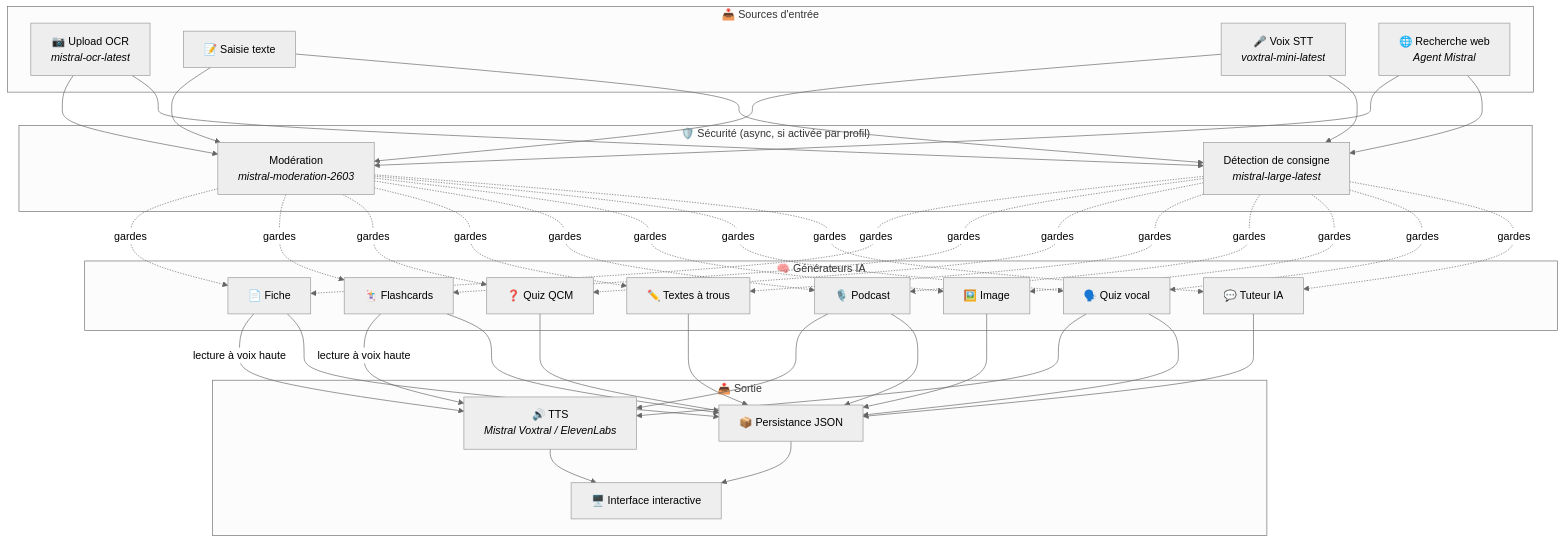
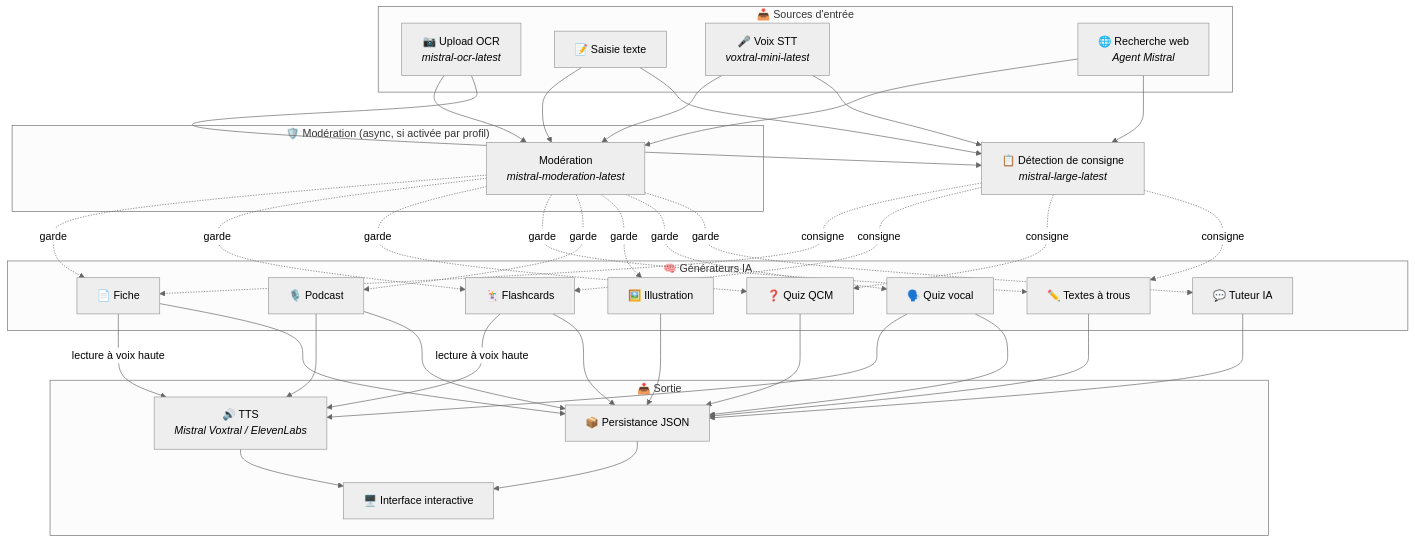
One commit to jls42/EurekAI changed the first of 3 diagrams in README-ar.md. Above: the diagram before and after it, drawn with Mermaid (neutral theme). The commit also changed other lines of this file and 39 other files, not shown here.

````diff
--- a/README-ar.md
+++ b/README-ar.md
@@ -72,40 +72,43 @@
 ```mermaid
 graph TD
     subgraph "📥 Sources d'entrée"
         OCR["📷 Upload OCR<br/><i>mistral-ocr-latest</i>"]
         TXT["📝 Saisie texte"]
         MIC["🎤 Voix STT<br/><i>voxtral-mini-latest</i>"]
         WEB["🌐 Recherche web<br/><i>Agent Mistral</i>"]
     end
 
-    subgraph "🛡️ Sécurité (async, si activée par profil)"
-        MOD["Modération<br/><i>mistral-moderation-2603</i>"]
-        CON["Détection de consigne<br/><i>mistral-large-latest</i>"]
+    subgraph "🛡️ Modération (async, si activée par profil)"
+        MOD["Modération<br/><i>mistral-moderation-latest</i>"]
     end
+
+    CON["📋 Détection de consigne<br/><i>mistral-large-latest</i>"]
 
     subgraph "🧠 Générateurs IA"
         SUM["📄 Fiche"]
         FC["🃏 Flashcards"]
         QZ["❓ Quiz QCM"]
         FB["✏️ Textes à trous"]
         POD["🎙️ Podcast"]
-        IMG["🖼️ Image"]
+        IMG["🖼️ Illustration"]
         QV["🗣️ Quiz vocal"]
         CHAT["💬 Tuteur IA"]
     end
 
     subgraph "📤 Sortie"
         TTS["🔊 TTS<br/><i>Mistral Voxtral / ElevenLabs</i>"]
         JSON["📦 Persistance JSON"]
         UI["🖥️ Interface interactive"]
     end
 
-    OCR & TXT & MIC & WEB --> MOD & CON
-    MOD & CON -.->|gardes| SUM & FC & QZ & FB & POD & IMG & QV & CHAT
+    OCR & TXT & MIC & WEB --> MOD
+    OCR & TXT & MIC & WEB --> CON
+    MOD -.->|garde| SUM & FC & QZ & FB & POD & IMG & QV & CHAT
+    CON -.->|consigne| SUM & FC & QZ & FB
     POD --> TTS
     QV --> TTS
     SUM & FC -->|lecture à voix haute| TTS
     SUM & FC & QZ & FB & POD & IMG & QV & CHAT --> JSON
     JSON --> UI
     TTS --> UI
 ```
````
